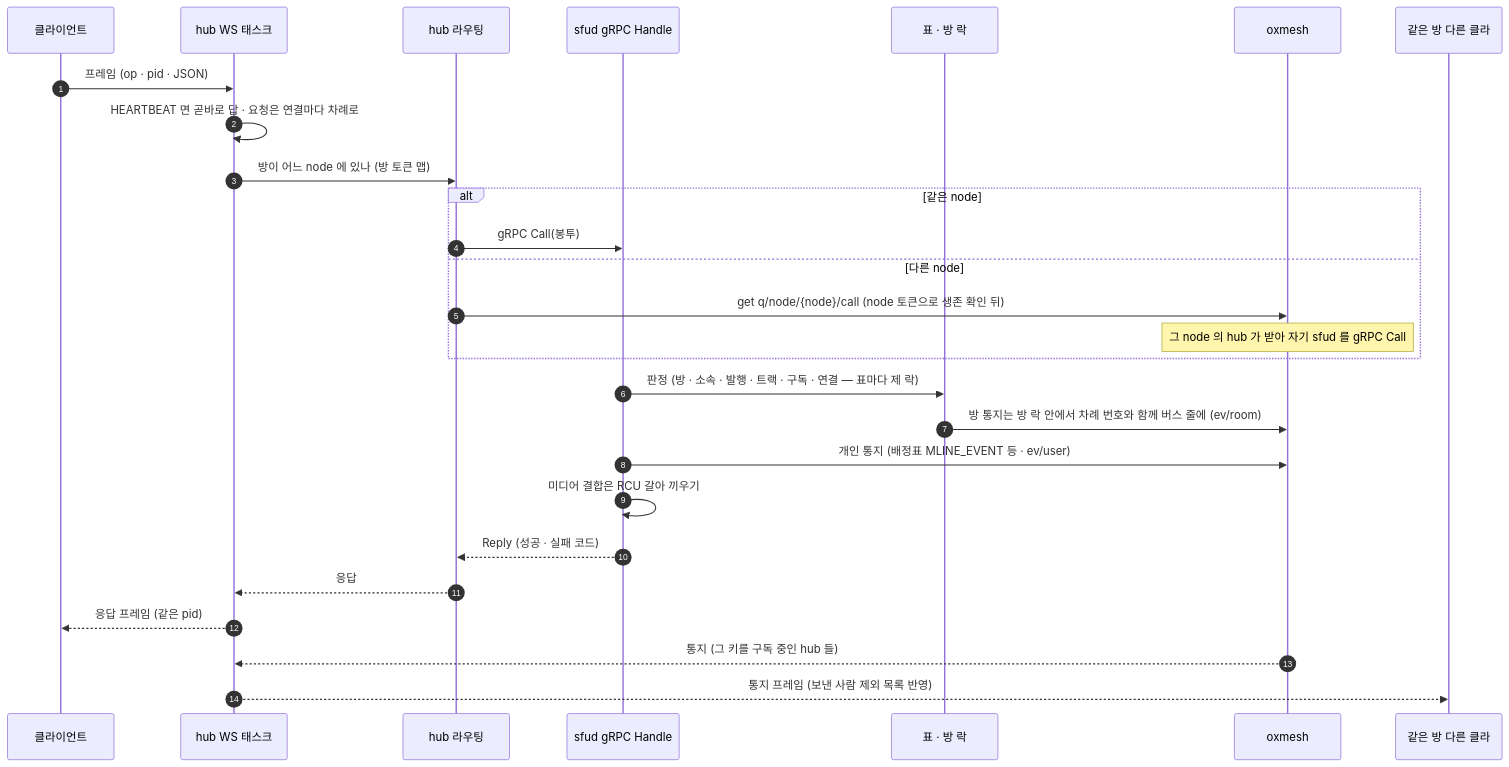
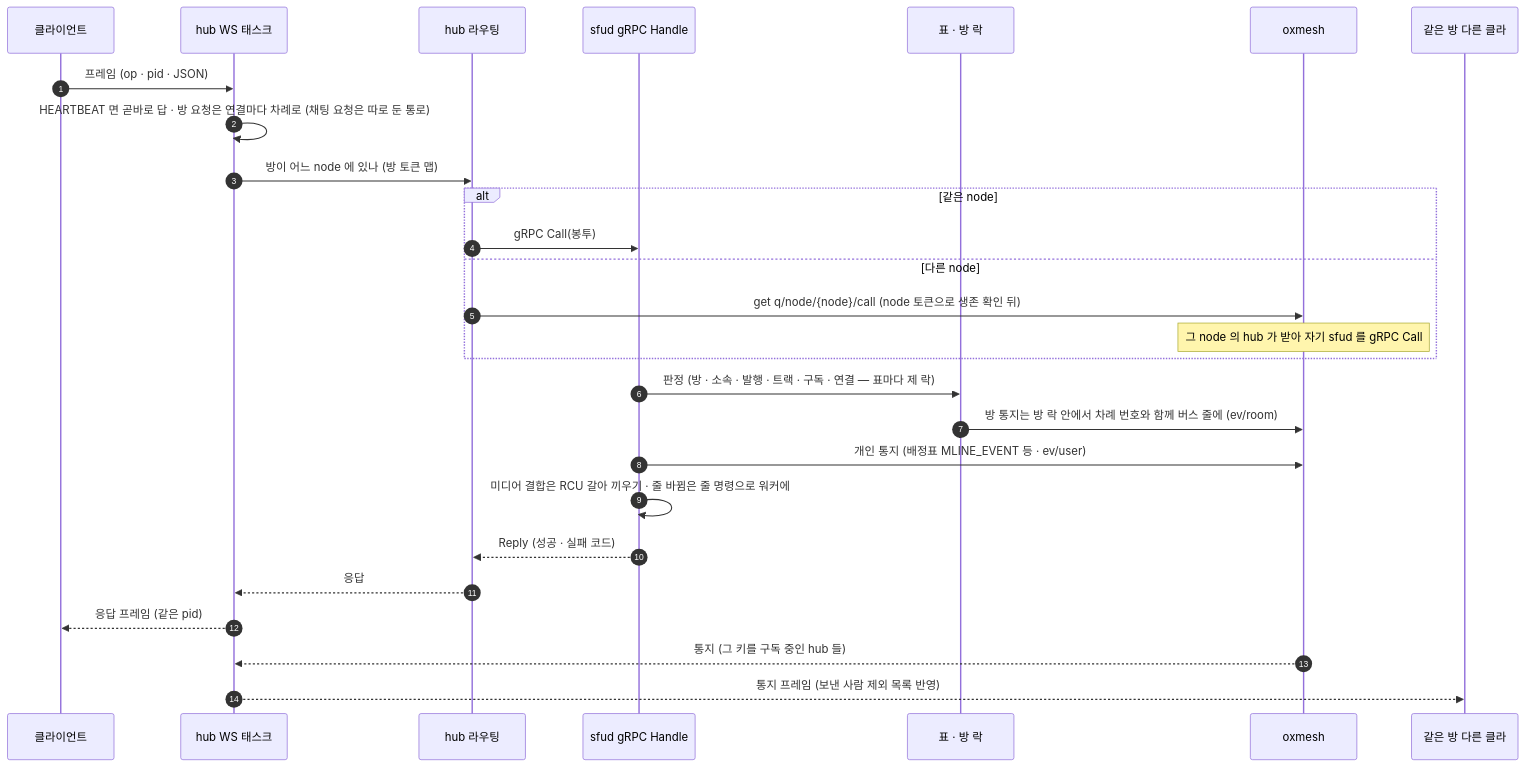
Before and after one commit to kodeholic9/oxlens-sfu: the tenth of 11 diagrams in docs/architecture.md, drawn with Mermaid. The commit also changed other lines of this file and 37 other files, not shown here.

````diff
--- a/docs/architecture.md
+++ b/docs/architecture.md
@@ -405,30 +497,30 @@
 ```mermaid
 sequenceDiagram
     autonumber
     participant C as 클라이언트
     participant WS as hub WS 태스크
     participant RT as hub 라우팅
     participant S as sfud gRPC Handle
     participant ST as 표 · 방 락
     participant Z as oxmesh
     participant O as 같은 방 다른 클라
 
     C->>WS: 프레임 (op · pid · JSON)
-    WS->>WS: HEARTBEAT 면 곧바로 답 · 요청은 연결마다 차례로
+    WS->>WS: HEARTBEAT 면 곧바로 답 · 방 요청은 연결마다 차례로 (채팅 요청은 따로 둔 통로)
     WS->>RT: 방이 어느 node 에 있나 (방 토큰 맵)
     alt 같은 node
         RT->>S: gRPC Call(봉투)
     else 다른 node
         RT->>Z: get q/node/{node}/call (node 토큰으로 생존 확인 뒤)
         Note over Z: 그 node 의 hub 가 받아 자기 sfud 를 gRPC Call
     end
     S->>ST: 판정 (방 · 소속 · 발행 · 트랙 · 구독 · 연결 — 표마다 제 락)
     ST->>Z: 방 통지는 방 락 안에서 차례 번호와 함께 버스 줄에 (ev/room)
     S->>Z: 개인 통지 (배정표 MLINE_EVENT 등 · ev/user)
-    S->>S: 미디어 결합은 RCU 갈아 끼우기
+    S->>S: 미디어 결합은 RCU 갈아 끼우기 · 줄 바뀜은 줄 명령으로 워커에
     S-->>RT: Reply (성공 · 실패 코드)
     RT-->>WS: 응답
     WS-->>C: 응답 프레임 (같은 pid)
     Z-->>WS: 통지 (그 키를 구독 중인 hub 들)
     WS-->>O: 통지 프레임 (보낸 사람 제외 목록 반영)
 ```
````
